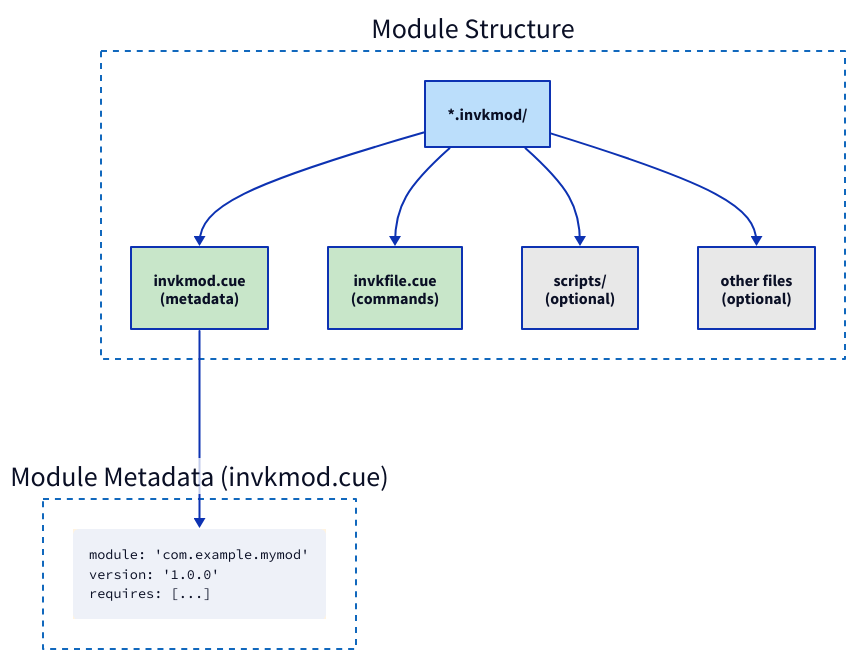
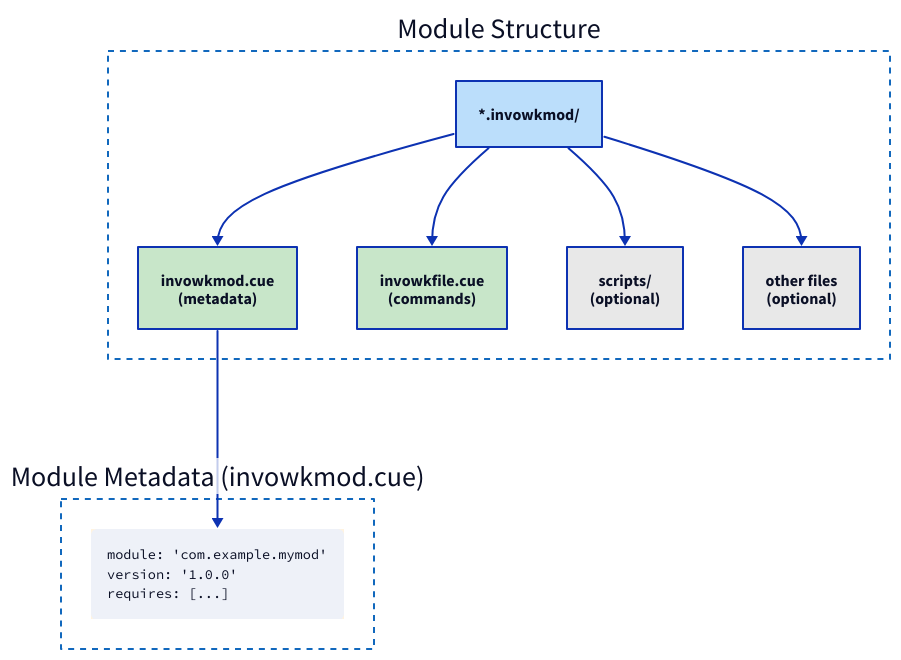
Before and after one commit to invowk/invowk: the diagram in docs/diagrams/flowcharts/discovery-module-structure.d2, drawn with D2. The commit also changed 489 other files, not shown here. The source asks for the TALA layout; these drawings use dagre instead.

First line of the commit message:
refactor: rename invk references — invkfile→invowkfile, invkmod→invowkmod, --invk-*→--ivk-* (#43)

````diff
--- a/docs/diagrams/flowcharts/discovery-module-structure.d2
+++ b/docs/diagrams/flowcharts/discovery-module-structure.d2
@@ -1,75 +1,75 @@
 # Module Structure Flowchart
 #
 # Shows the directory structure and required files
-# for an Invowk module (.invkmod directory).
+# for an Invowk module (.invowkmod directory).
 #
 # Source: docs/architecture/flowchart-discovery.md
 
 vars: {
   d2-config: {
     layout-engine: tala
   }
 }
 
 direction: down
 
 # ==============================================================================
 # Module Structure
 # ==============================================================================
 
 module_structure: Module Structure {
   style: {
     stroke: "#1168BD"
     stroke-dash: 3
     fill: transparent
   }
 
-  ModDir: "*.invkmod/" {
+  ModDir: "*.invowkmod/" {
     style.fill: "#BBDEFB"
   }
 
-  InvkmodCue: invkmod.cue\n(metadata) {
+  InvowkmodCue: invowkmod.cue\n(metadata) {
     style.fill: "#C8E6C9"
   }
 
-  InvkfileCue: invkfile.cue\n(commands) {
+  InvowkfileCue: invowkfile.cue\n(commands) {
     style.fill: "#C8E6C9"
   }
 
   Scripts: scripts/\n(optional) {
     style.fill: "#E8E8E8"
   }
 
   Files: other files\n(optional) {
     style.fill: "#E8E8E8"
   }
 
-  ModDir -> InvkmodCue
-  ModDir -> InvkfileCue
+  ModDir -> InvowkmodCue
+  ModDir -> InvowkfileCue
   ModDir -> Scripts
   ModDir -> Files
 }
 
 # ==============================================================================
 # Module Metadata
 # ==============================================================================
 
-module_metadata: Module Metadata (invkmod.cue) {
+module_metadata: Module Metadata (invowkmod.cue) {
   style: {
     stroke: "#1168BD"
     stroke-dash: 3
     fill: transparent
   }
 
   Meta: |md
     ```
     module: 'com.example.mymod'
     version: '1.0.0'
     requires: [...]
     ```
   | {
     style.fill: "#FFF3E0"
   }
 }
 
-module_structure.InvkmodCue -> module_metadata.Meta
+module_structure.InvowkmodCue -> module_metadata.Meta
````
